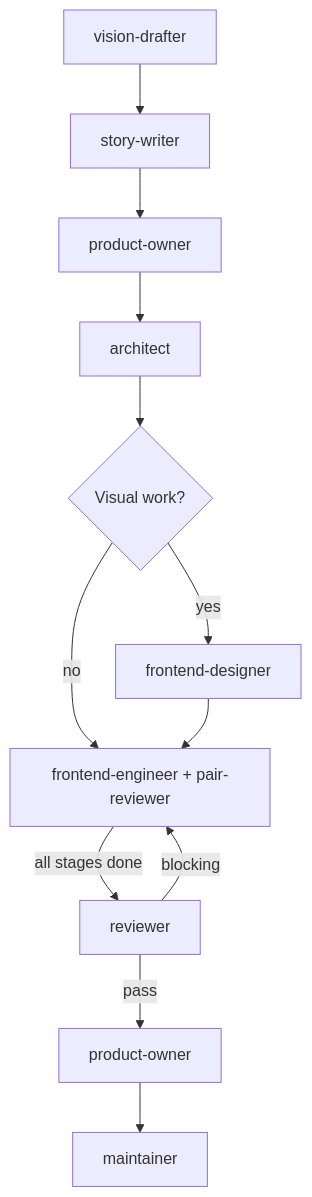
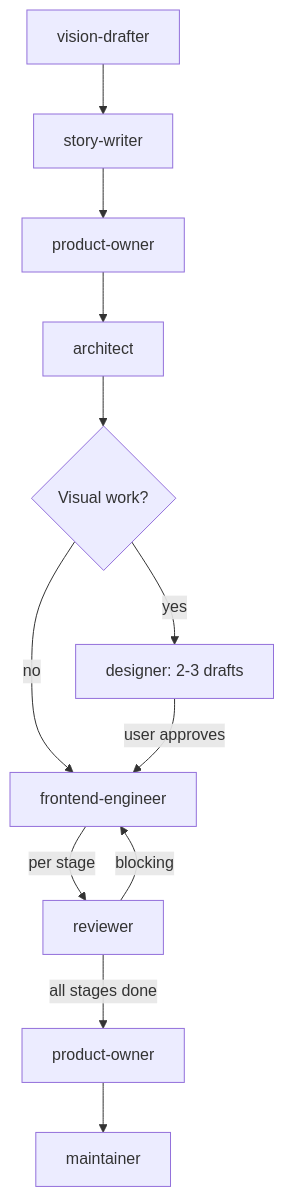
Before and after one commit to thiscantbeserious/ragts-learning-platform: the diagram in .agents/skills/workflow/variants/frontend.md, drawn with Mermaid. The commit also changed other lines of this file and 20 other files, not shown here.

First line of the commit message:
chore(agents): remove implementer + pair-reviewer, rename frontend-designer to designer

````diff
--- a/.agents/skills/workflow/variants/frontend.md
+++ b/.agents/skills/workflow/variants/frontend.md
@@ -5,14 +5,14 @@
 ```mermaid
 graph TD
     VD[vision-drafter] --> SW[story-writer]
     SW --> PO1[product-owner]
     PO1 --> Arch[architect]
     Arch --> Des{Visual work?}
-    Des -->|yes| FD[frontend-designer]
+    Des -->|yes| D[designer: 2-3 drafts]
     Des -->|no| FE
-    FD --> FE[frontend-engineer + pair-reviewer]
-    FE -->|all stages done| Rev[reviewer]
-    Rev -->|pass| PO2[product-owner]
+    D -->|user approves| FE[frontend-engineer]
+    FE -->|per stage| Rev[reviewer]
     Rev -->|blocking| FE
+    Rev -->|all stages done| PO2[product-owner]
     PO2 --> M[maintainer]
 ```
````
